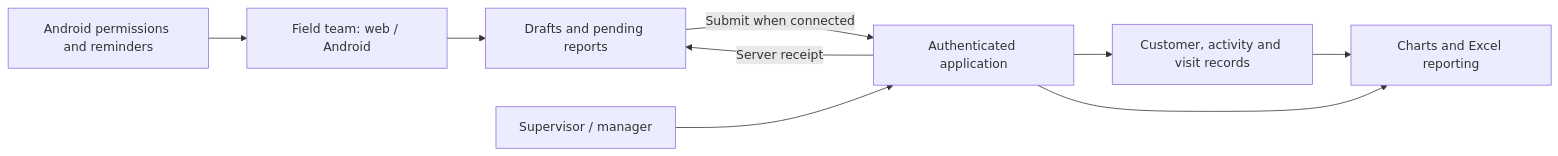
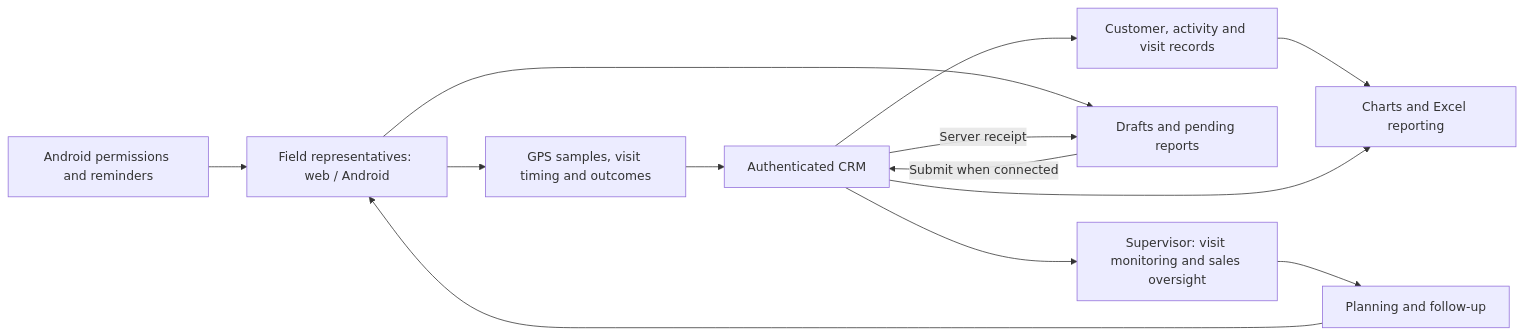
Before and after one commit to SZohari/shafa-leads-case-study: the diagram in README.md, drawn with Mermaid. The commit also changed other lines of this file and 2 other files, not shown here.

Commit message:
Present operational CRM and emphasize GPS field monitoring

````diff
--- a/README.md
+++ b/README.md
@@ -45,11 +46,15 @@
 ```mermaid
 flowchart LR
-    Field["Field team: web / Android"] --> Capture["Drafts and pending reports"]
-    Capture -->|"Submit when connected"| App["Authenticated application"]
+    Field["Field representatives: web / Android"] --> Visits["GPS samples, visit timing and outcomes"]
+    Visits --> App["Authenticated CRM"]
+    App --> Oversight["Supervisor: visit monitoring and sales oversight"]
+    Oversight --> Planning["Planning and follow-up"]
+    Planning --> Field
+    Field --> Capture["Drafts and pending reports"]
+    Capture -->|"Submit when connected"| App
     App -->|"Server receipt"| Capture
     App --> Data["Customer, activity and visit records"]
-    Review["Supervisor / manager"] --> App
     Data --> Insight["Charts and Excel reporting"]
     App --> Insight
     Android["Android permissions and reminders"] --> Field
 ```
````
